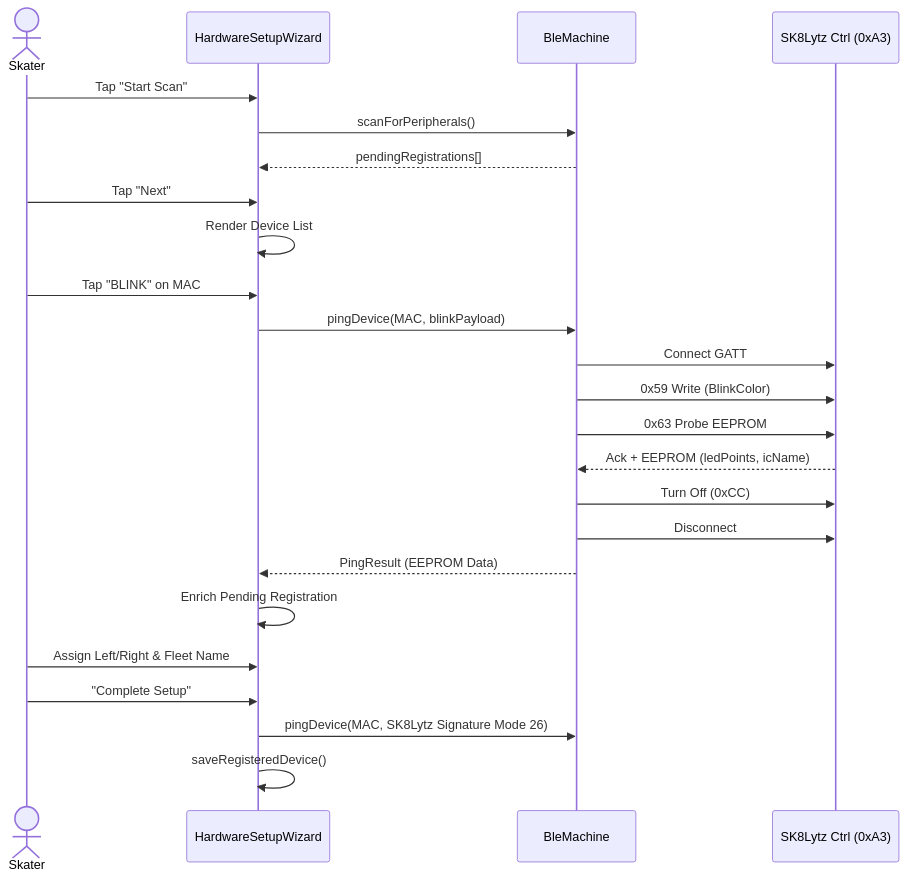
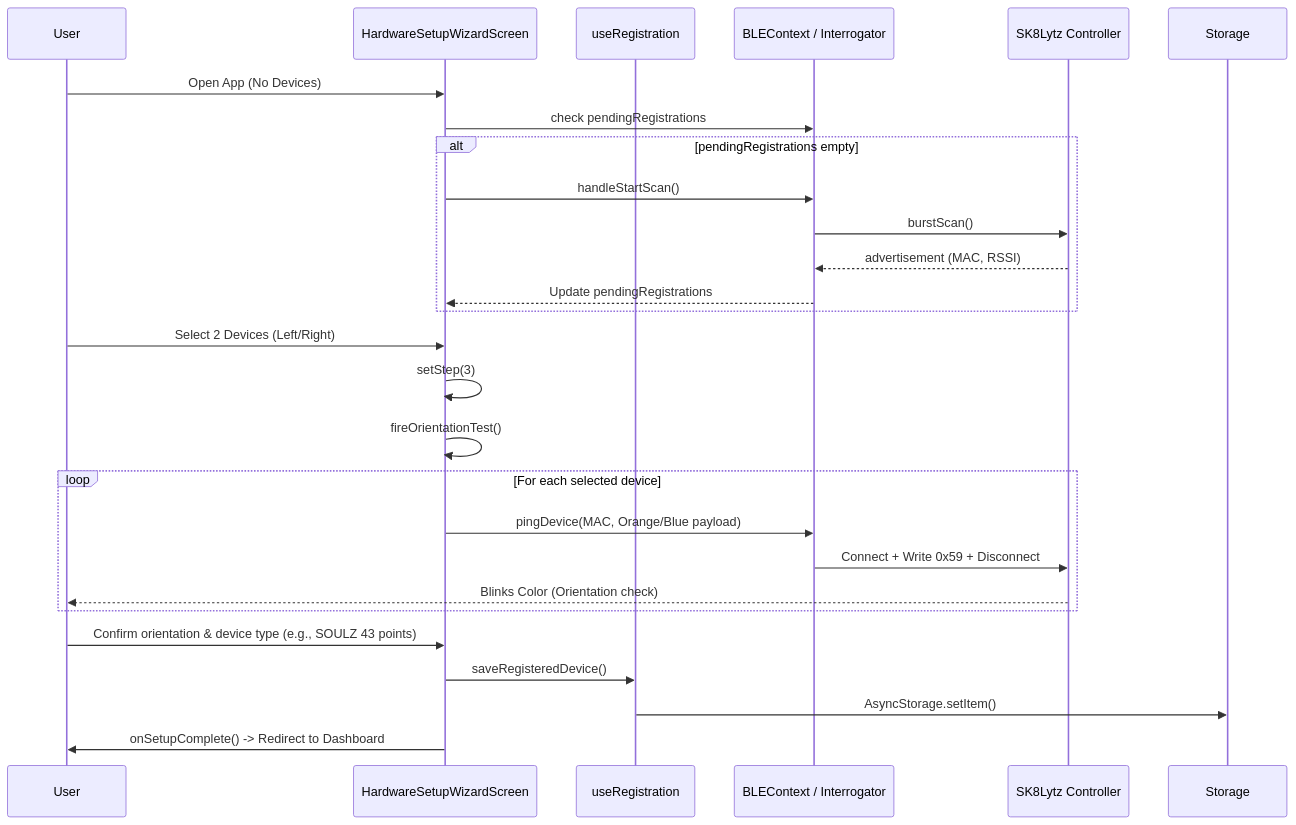
The fifth of 24 diagrams in docs/SK8Lytz_App_Master_Reference.md (Neogleamz/SK8Lytz), drawn with Mermaid before and after one commit. The commit also changed other lines of this file and 7 other files, not shown here.

````diff
--- a/docs/SK8Lytz_App_Master_Reference.md
+++ b/docs/SK8Lytz_App_Master_Reference.md
@@ -1494,27 +1452,32 @@
 ```mermaid
 sequenceDiagram
-    actor Skater
-    participant Wizard as HardwareSetupWizard
-    participant BLE as BleMachine
-    participant Hardware as SK8Lytz Ctrl (0xA3)
+    participant User
+    participant Wizard as HardwareSetupWizardScreen
+    participant Registration as useRegistration
+    participant BLE as BLEContext / Interrogator
+    participant Device as SK8Lytz Controller
 
-    Skater->>Wizard: Tap "Start Scan"
-    Wizard->>BLE: scanForPeripherals()
-    BLE-->>Wizard: pendingRegistrations[]
-    Skater->>Wizard: Tap "Next"
-    Wizard->>Wizard: Render Device List
-    Skater->>Wizard: Tap "BLINK" on MAC
-    Wizard->>BLE: pingDevice(MAC, blinkPayload)
-    BLE->>Hardware: Connect GATT
-    BLE->>Hardware: 0x59 Write (BlinkColor)
-    BLE->>Hardware: 0x63 Probe EEPROM
-    Hardware-->>BLE: Ack + EEPROM (ledPoints, icName)
-    BLE->>Hardware: Turn Off (0xCC)
-    BLE->>Hardware: Disconnect
-    BLE-->>Wizard: PingResult (EEPROM Data)
-    Wizard->>Wizard: Enrich Pending Registration
-    Skater->>Wizard: Assign Left/Right & Fleet Name
-    Skater->>Wizard: "Complete Setup"
-    Wizard->>BLE: pingDevice(MAC, SK8Lytz Signature Mode 26)
-    Wizard->>Wizard: saveRegisteredDevice()
+    User->>Wizard: Open App (No Devices)
+    Wizard->>BLE: check pendingRegistrations
+    alt pendingRegistrations empty
+        Wizard->>BLE: handleStartScan()
+        BLE->>Device: burstScan()
+        Device-->>BLE: advertisement (MAC, RSSI)
+        BLE-->>Wizard: Update pendingRegistrations
+    end
+
+    User->>Wizard: Select 2 Devices (Left/Right)
+    Wizard->>Wizard: setStep(3)
+    Wizard->>Wizard: fireOrientationTest()
+    
+    loop For each selected device
+        Wizard->>BLE: pingDevice(MAC, Orange/Blue payload)
+        BLE->>Device: Connect + Write 0x59 + Disconnect
+        Device-->>User: Blinks Color (Orientation check)
+    end
+
+    User->>Wizard: Confirm orientation & device type (e.g., SOULZ 43 points)
+    Wizard->>Registration: saveRegisteredDevice()
+    Registration->>Storage: AsyncStorage.setItem()
+    Wizard->>User: onSetupComplete() -> Redirect to Dashboard
 ```
````
